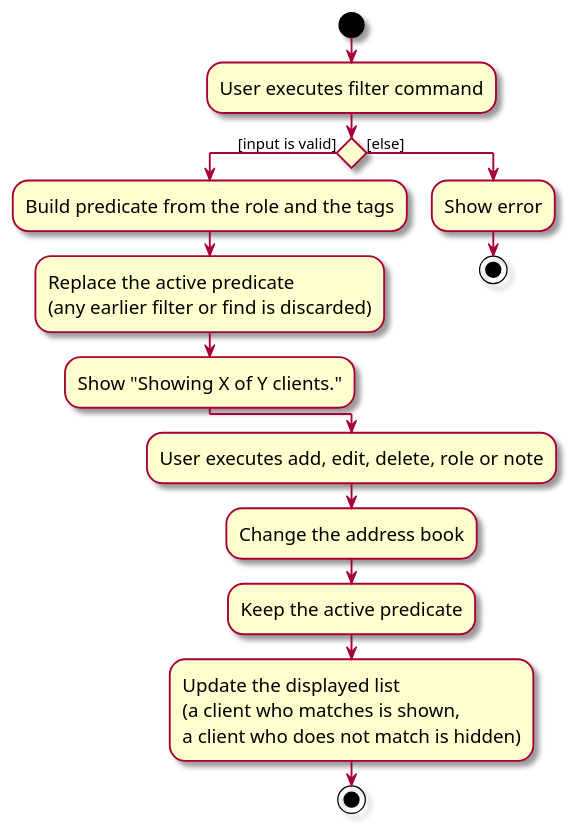
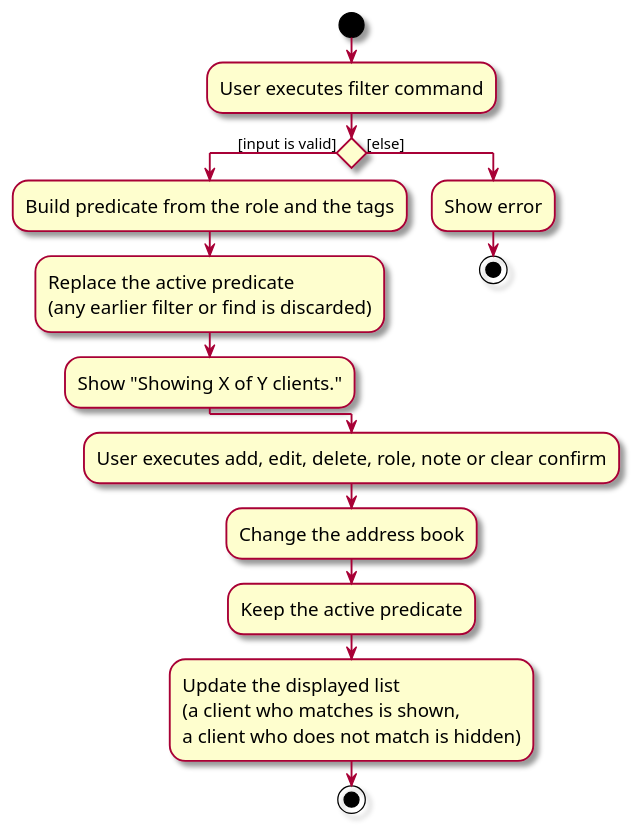
Before and after one commit to AY2627S1-CS2103T-W09-3/tp: the diagram in docs/diagrams/FilterActivityDiagram.puml, drawn with PlantUML. The commit also changed 3 other files, not shown here.

Commit message:
Document that clear confirm keeps the active filter

```diff
--- a/docs/diagrams/FilterActivityDiagram.puml
+++ b/docs/diagrams/FilterActivityDiagram.puml
@@ -1,28 +1,28 @@
 @startuml
 skin rose
 skinparam ActivityFontSize 15
 skinparam ArrowFontSize 12
 start
 :User executes filter command;
 
 'Since the beta syntax does not support placing the condition outside the
 'diamond we place it as the true branch instead.
 
 if () then ([input is valid])
     :Build predicate from the role and the tags;
     :Replace the active predicate
     (any earlier filter or find is discarded);
     :Show "Showing X of Y clients.";
 else ([else])
     :Show error;
     stop
 endif
 
-:User executes add, edit, delete, role or note;
+:User executes add, edit, delete, role, note or clear confirm;
 :Change the address book;
 :Keep the active predicate;
 :Update the displayed list
 (a client who matches is shown,
 a client who does not match is hidden);
 stop
 @enduml
```
